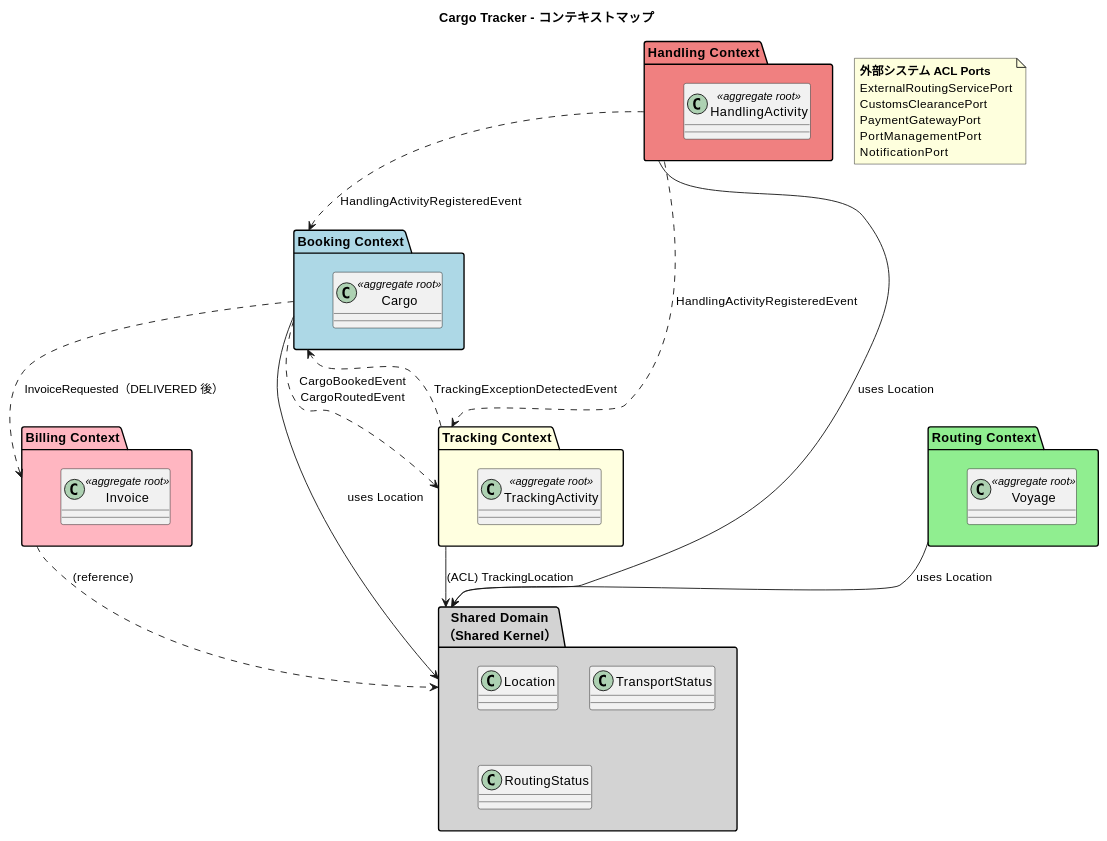
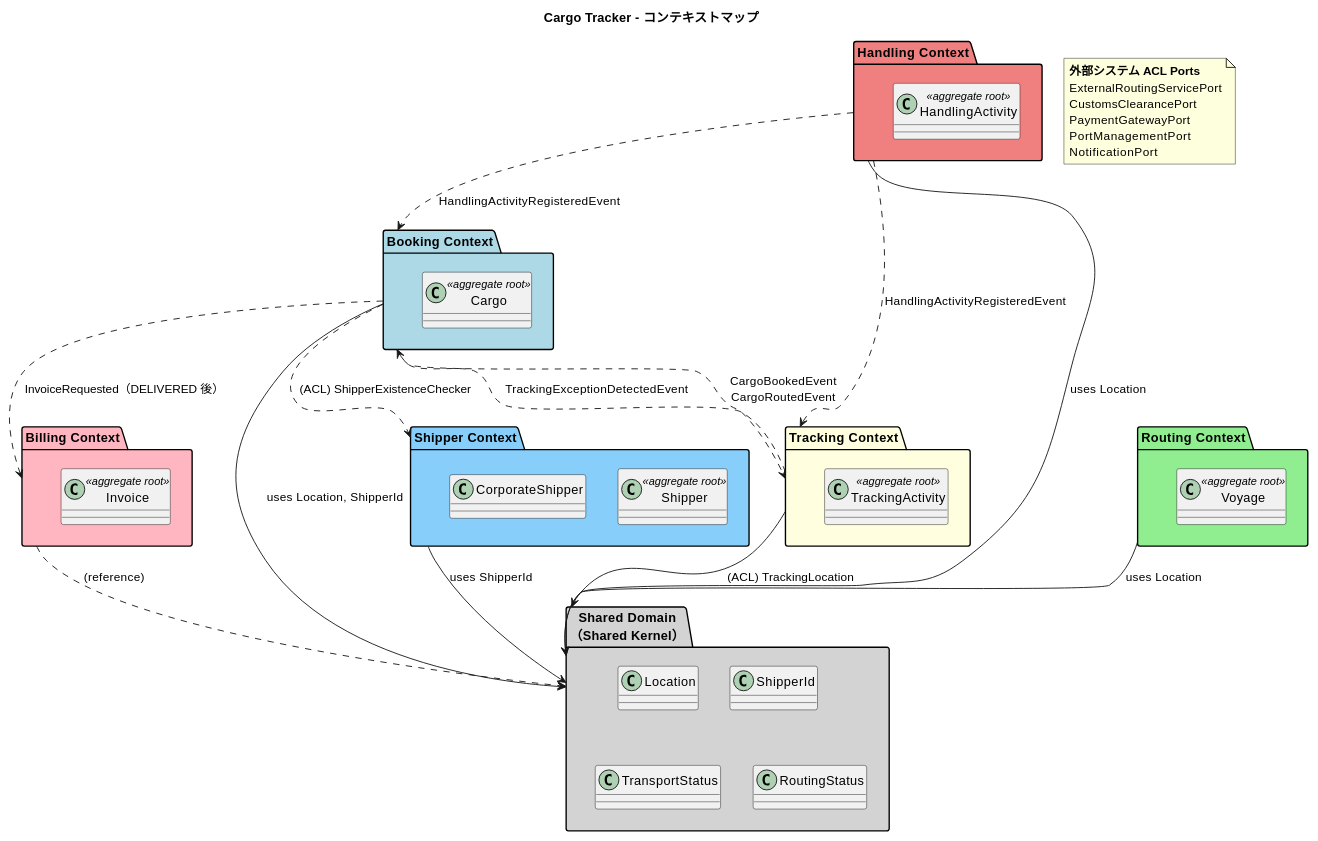
The first of 9 diagrams in docs/design/domain-model.md (k2works/case-study-cargo-tracker), drawn with PlantUML before and after one commit. The commit also changed other lines of this file, not shown here.

First line of the commit message:
docs(domain): ドメインモデルに Shipper コンテキスト・新 VO・ACL を反映

````diff
--- a/docs/design/domain-model.md
+++ b/docs/design/domain-model.md
@@ -72,53 +81,61 @@
 ```plantuml
 @startuml
 title Cargo Tracker - コンテキストマップ
 
 package "Booking Context" as booking #lightblue {
   class Cargo <<aggregate root>>
+}
+
+package "Shipper Context" as shipper #lightskyblue {
+  class Shipper <<aggregate root>>
+  class CorporateShipper
 }
 
 package "Routing Context" as routing #lightgreen {
   class Voyage <<aggregate root>>
 }
 
 package "Tracking Context" as tracking #lightyellow {
   class TrackingActivity <<aggregate root>>
 }
 
 package "Handling Context" as handling #lightcoral {
   class HandlingActivity <<aggregate root>>
 }
 
 package "Billing Context" as billing #lightpink {
   class Invoice <<aggregate root>>
 }
 
 package "Shared Domain\n（Shared Kernel）" as shared #lightgray {
   class Location
+  class ShipperId
   class TransportStatus
   class RoutingStatus
 }
 
-booking --> shared : uses Location
+booking --> shared : uses Location, ShipperId
+booking ..> shipper : (ACL) ShipperExistenceChecker
+shipper --> shared : uses ShipperId
 routing --> shared : uses Location
 tracking --> shared : (ACL) TrackingLocation
 handling --> shared : uses Location
 
 booking ..> tracking : CargoBookedEvent\nCargoRoutedEvent
 handling ..> tracking : HandlingActivityRegisteredEvent
 handling ..> booking : HandlingActivityRegisteredEvent
 tracking ..> booking : TrackingExceptionDetectedEvent
 booking ..> billing : InvoiceRequested（DELIVERED 後）
 billing ..> shared : (reference)
 
 note as ACL_NOTE
   **外部システム ACL Ports**
   ExternalRoutingServicePort
   CustomsClearancePort
   PaymentGatewayPort
   PortManagementPort
   NotificationPort
 end note
 
 @enduml
 ```
````
